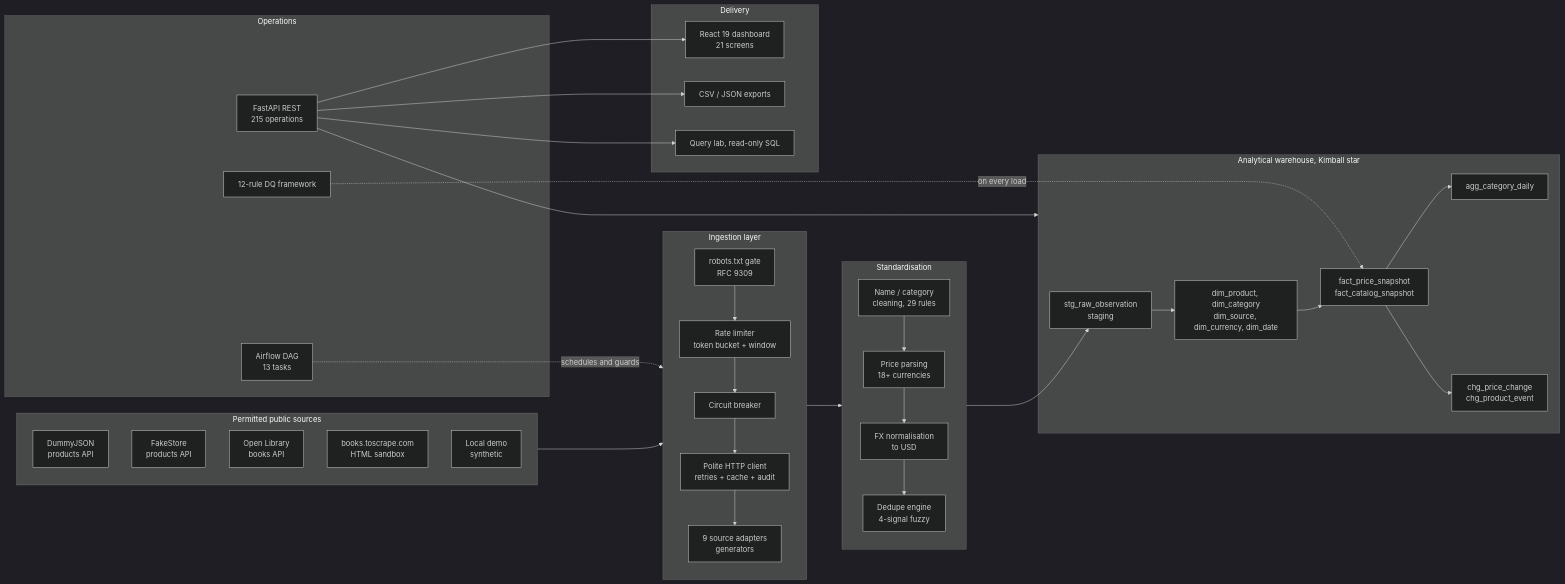
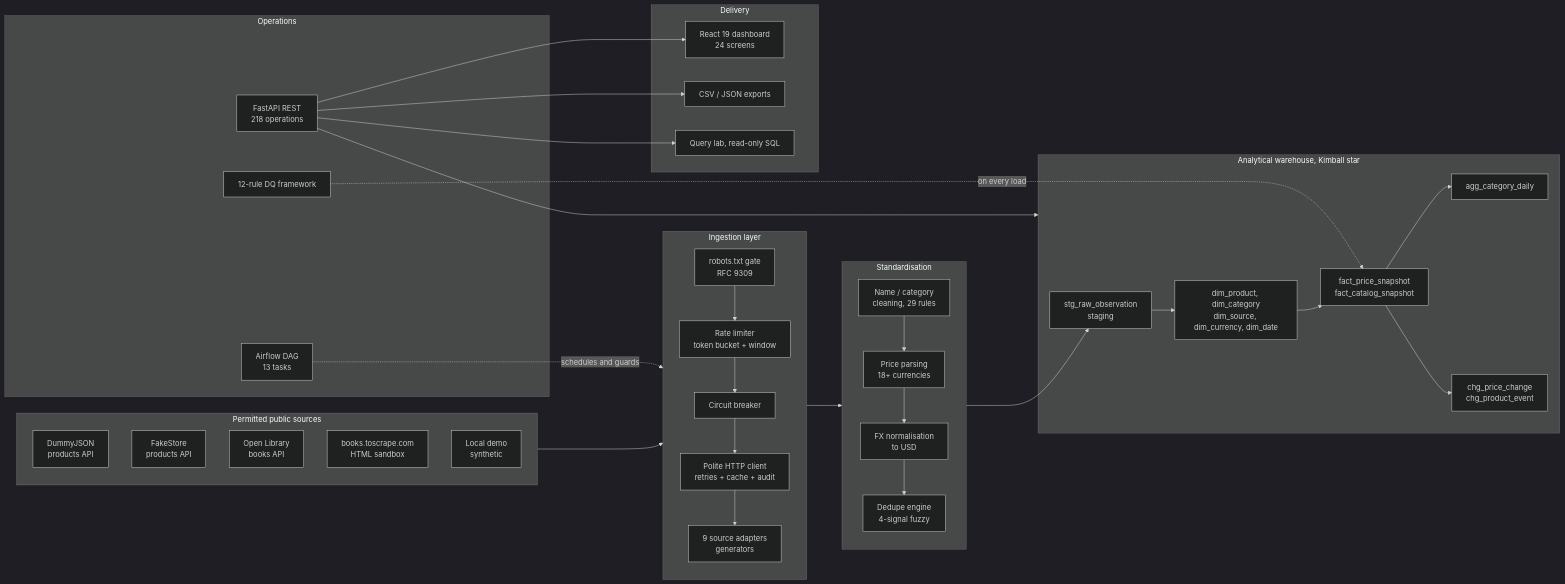
One commit to Ahmedbakr78/Web-to-Warehouse-Product-Intelligence-Pipeline changed the first of 15 diagrams in README.md. Above: the diagram before and after it, drawn with Mermaid (dark theme). The commit also changed other lines of this file, not shown here.

````diff
--- a/README.md
+++ b/README.md
@@ -281,55 +281,55 @@
 ```mermaid
 flowchart LR
     subgraph Sources["Permitted public sources"]
         A1["DummyJSON<br/>products API"]
         A2["FakeStore<br/>products API"]
         A3["Open Library<br/>books API"]
         A4["books.toscrape.com<br/>HTML sandbox"]
         A5["Local demo<br/>synthetic"]
     end
 
     subgraph Ingest["Ingestion layer"]
         direction TB
         R["robots.txt gate<br/>RFC 9309"]
         RL["Rate limiter<br/>token bucket + window"]
         CB["Circuit breaker"]
         HC["Polite HTTP client<br/>retries + cache + audit"]
         S["9 source adapters<br/>generators"]
         R --> RL --> CB --> HC --> S
     end
 
     subgraph Clean["Standardisation"]
         C1["Name / category<br/>cleaning, 29 rules"]
         C2["Price parsing<br/>18+ currencies"]
         C3["FX normalisation<br/>to USD"]
         DD["Dedupe engine<br/>4-signal fuzzy"]
         C1 --> C2 --> C3 --> DD
     end
 
     subgraph Wh["Analytical warehouse, Kimball star"]
         STG["stg_raw_observation<br/>staging"]
         DIM["dim_product, dim_category<br/>dim_source, dim_currency, dim_date"]
         FACT["fact_price_snapshot<br/>fact_catalog_snapshot"]
         AGG["agg_category_daily"]
         CHG["chg_price_change<br/>chg_product_event"]
         STG --> DIM --> FACT --> AGG & CHG
     end
 
     subgraph Ops["Operations"]
         AF["Airflow DAG<br/>13 tasks"]
-        API["FastAPI REST<br/>215 operations"]
+        API["FastAPI REST<br/>218 operations"]
         DQ["12-rule DQ framework"]
     end
 
     subgraph UI["Delivery"]
-        RE["React 19 dashboard<br/>21 screens"]
+        RE["React 19 dashboard<br/>24 screens"]
         EXP["CSV / JSON exports"]
         QL["Query lab, read-only SQL"]
     end
 
     Sources --> Ingest --> Clean --> STG
     AF -.schedules and guards.-> Ingest
     API --> Wh
     API --> RE & EXP & QL
     DQ -.on every load.-> FACT
 ```
````
